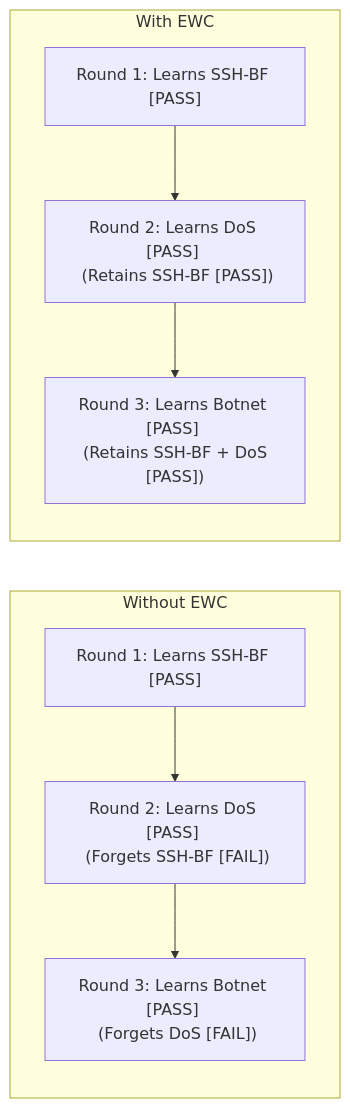
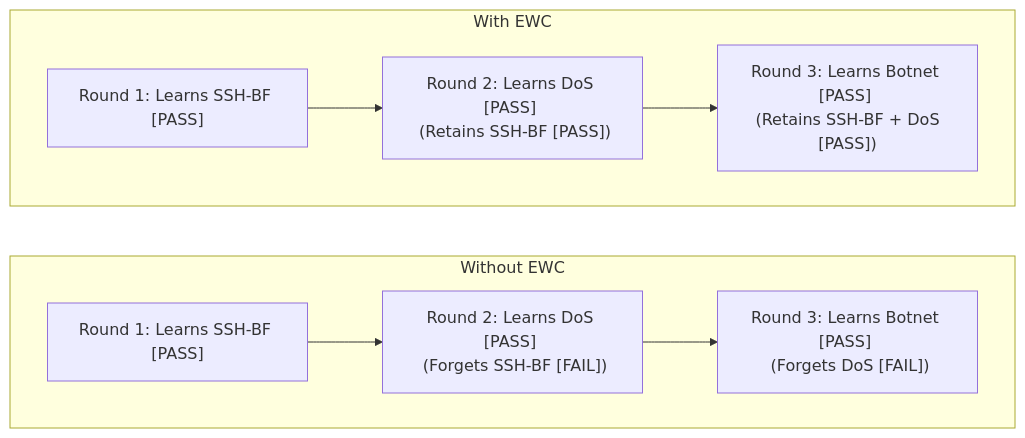
Before and after one commit to rhaffle87/fl-cl: the second of 4 diagrams in docs/05_continual_learning_fcl.md, drawn with Mermaid. The commit also changed other lines of this file and 30 other files, not shown here.

Commit message:
feat: implement multi-architecture threat classification models and expand project documentation infrastructure

````diff
--- a/docs/05_continual_learning_fcl.md
+++ b/docs/05_continual_learning_fcl.md
@@ -241,11 +245,13 @@
 ```mermaid
-graph LR
- subgraph WithoutEWC ["Without EWC"]
- W1["Round 1: Learns SSH-BF [PASS]"] --> W2["Round 2: Learns DoS [PASS] <br/> (Forgets SSH-BF [FAIL])"]
- W2 --> W3["Round 3: Learns Botnet [PASS] <br/> (Forgets DoS [FAIL])"]
- end
- subgraph WithEWC ["With EWC"]
- E1["Round 1: Learns SSH-BF [PASS]"] --> E2["Round 2: Learns DoS [PASS] <br/> (Retains SSH-BF [PASS])"]
- E2 --> E3["Round 3: Learns Botnet [PASS] <br/> (Retains SSH-BF + DoS [PASS])"]
- end
+flowchart LR
+    subgraph WithoutEWC ["Without EWC"]
+        direction LR
+        W1["Round 1: Learns SSH-BF [PASS]"] --> W2["Round 2: Learns DoS [PASS] <br/> (Forgets SSH-BF [FAIL])"]
+        W2 --> W3["Round 3: Learns Botnet [PASS] <br/> (Forgets DoS [FAIL])"]
+    end
+    subgraph WithEWC ["With EWC"]
+        direction LR
+        E1["Round 1: Learns SSH-BF [PASS]"] --> E2["Round 2: Learns DoS [PASS] <br/> (Retains SSH-BF [PASS])"]
+        E2 --> E3["Round 3: Learns Botnet [PASS] <br/> (Retains SSH-BF + DoS [PASS])"]
+    end
 ```
````
